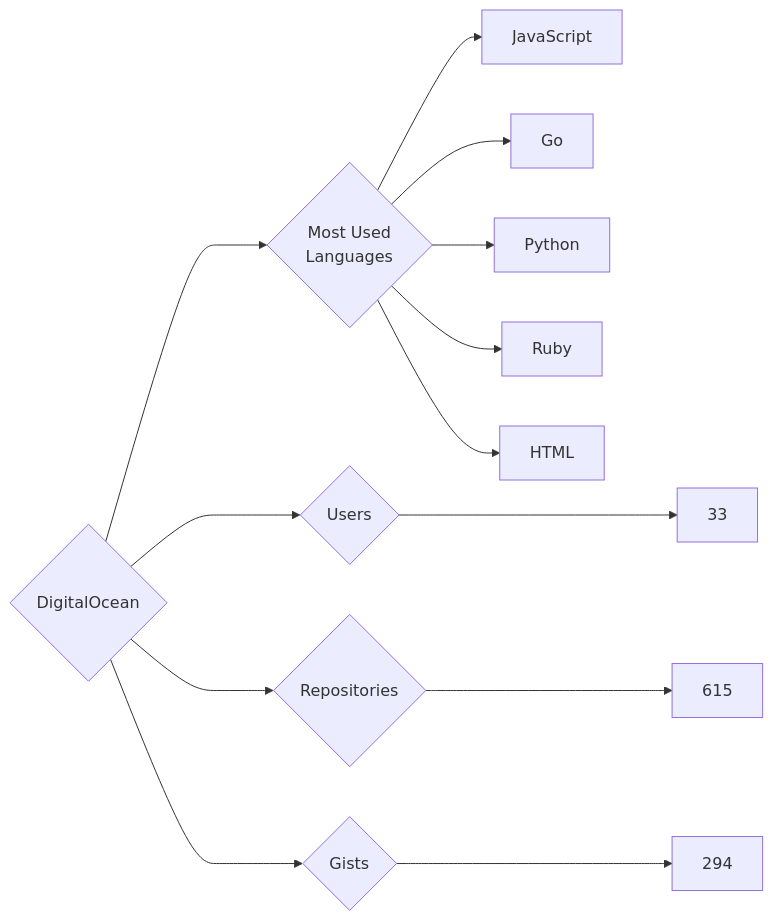
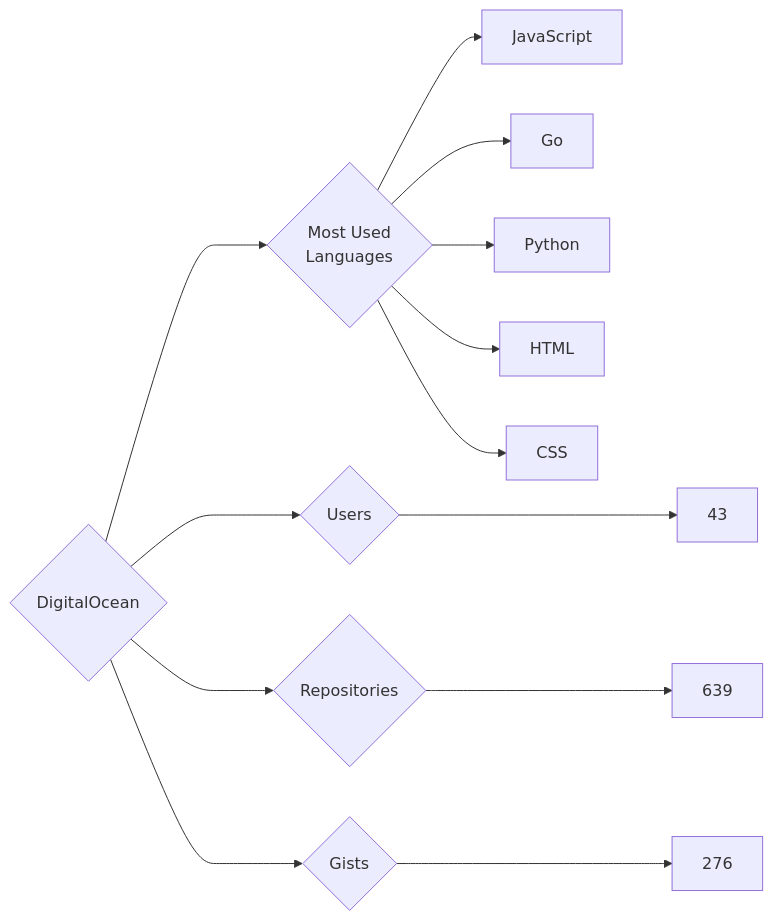
The diagram in targets/DigitalOcean/README.md (trickest/insiders), drawn with Mermaid before and after one commit. The commit also changed 657 other files, not shown here.

````diff
--- a/targets/DigitalOcean/README.md
+++ b/targets/DigitalOcean/README.md
@@ -3,13 +3,13 @@
 ```mermaid
 graph LR
 COMPANY_NAME{DigitalOcean}
-COMPANY_NAME ---> U{Users} ---> UN[33]
-COMPANY_NAME ---> R{Repositories} ---> RN[615]
-COMPANY_NAME ---> G{Gists} ---> GN[294]
+COMPANY_NAME ---> U{Users} ---> UN[43]
+COMPANY_NAME ---> R{Repositories} ---> RN[639]
+COMPANY_NAME ---> G{Gists} ---> GN[276]
 COMPANY_NAME ---> ML{Most Used<br>Languages}
 ML --> JavaScript[JavaScript]
 ML --> Go[Go]
 ML --> Python[Python]
-ML --> Ruby[Ruby]
 ML --> HTML[HTML]
+ML --> CSS[CSS]
 ```
````
